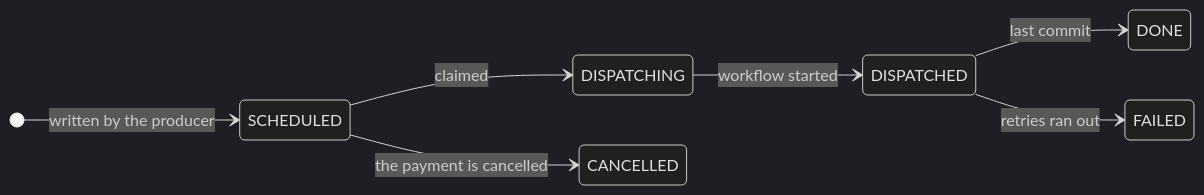
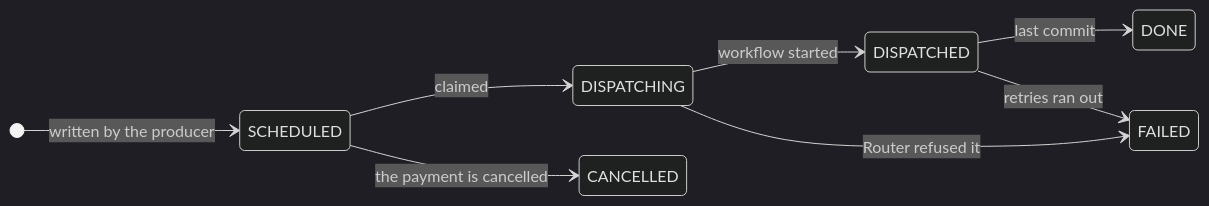
Before and after one commit to arunav-bhattacharya/billpay-book: the second of 2 diagrams in website/docs/design/pacing.md, drawn with Mermaid (dark theme). The commit also changed other lines of this file and 8 other files, not shown here.

````diff
--- a/website/docs/design/pacing.md
+++ b/website/docs/design/pacing.md
@@ -43,10 +43,11 @@
 ```mermaid
 stateDiagram-v2
   direction LR
   [*] --> SCHEDULED: written by the producer
   SCHEDULED --> DISPATCHING: claimed
   DISPATCHING --> DISPATCHED: workflow started
+  DISPATCHING --> FAILED: Router refused it
   DISPATCHED --> DONE: last commit
   DISPATCHED --> FAILED: retries ran out
   SCHEDULED --> CANCELLED: the payment is cancelled
 ```
````
